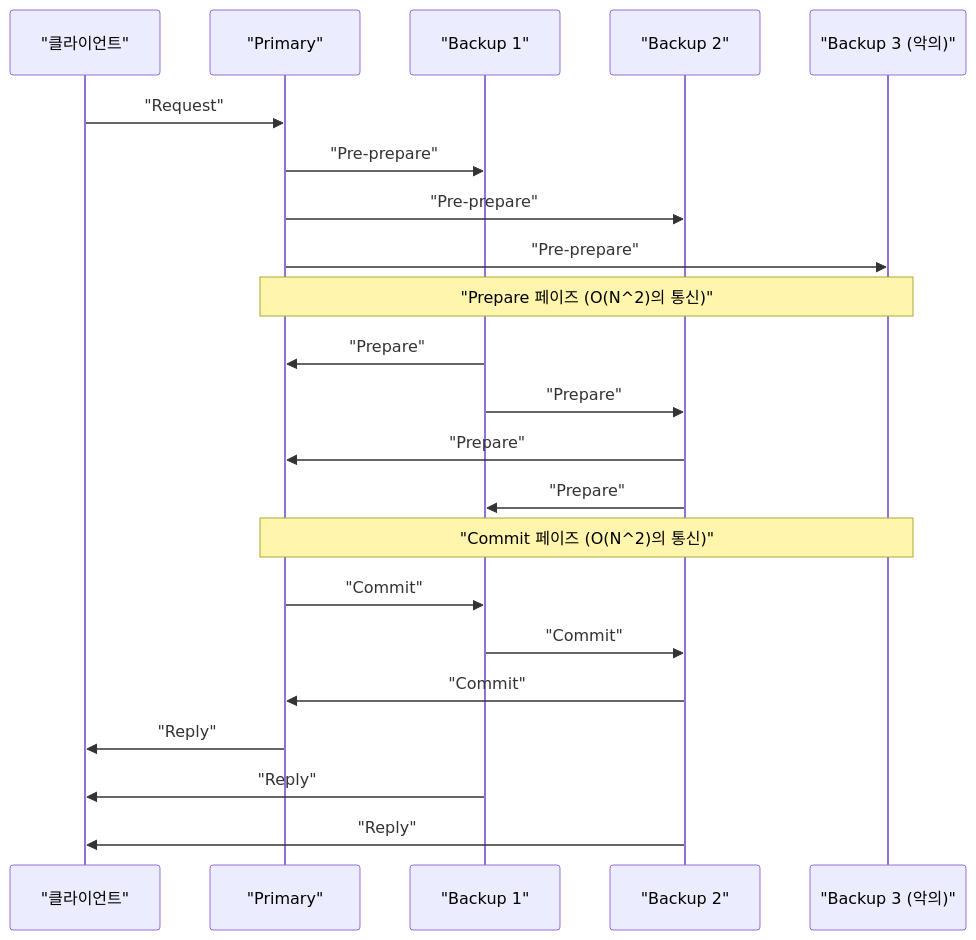
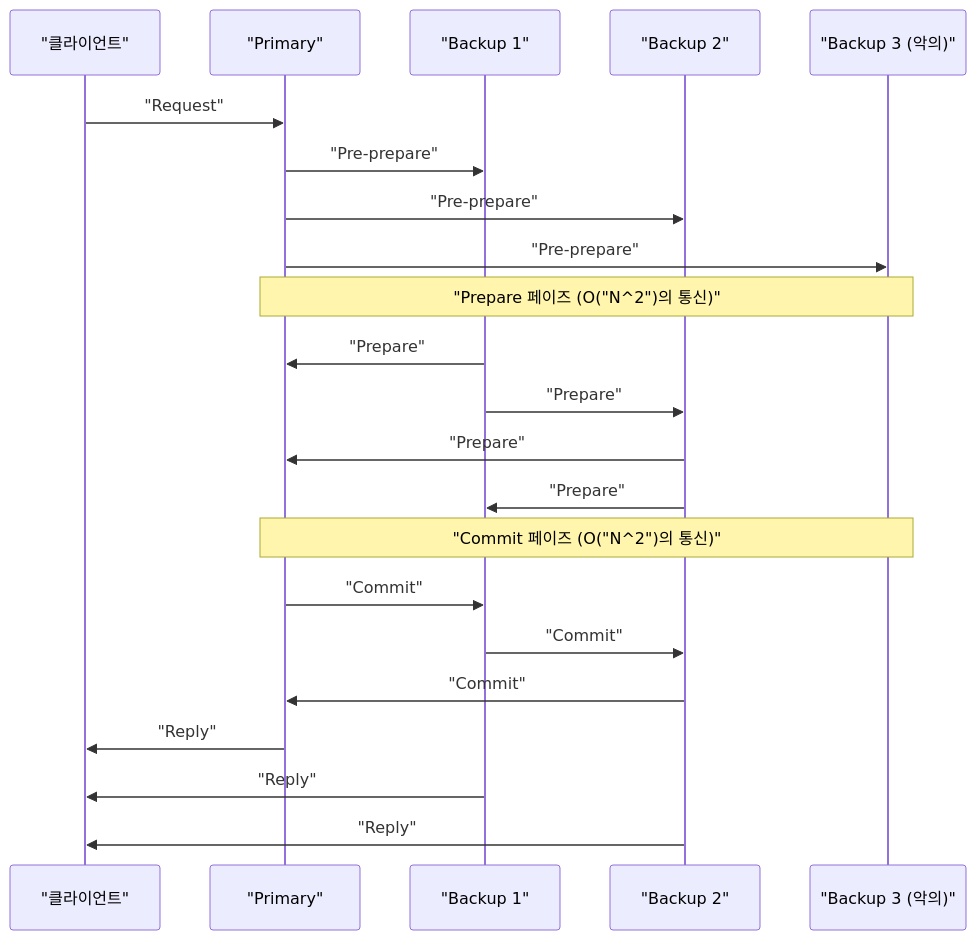
One commit to kenjinote/blog changed the third of 3 diagrams in content/post/byzantine-generals-problem-consensus/index.ko.md. Above: the diagram before and after it, drawn with Mermaid. The commit also changed 929 other files, not shown here.

Commit message:
fix: Add double quotes to all Mermaid node texts to resolve syntax errors

````diff
--- a/content/post/byzantine-generals-problem-consensus/index.ko.md
+++ b/content/post/byzantine-generals-problem-consensus/index.ko.md
@@ -242,28 +242,28 @@
 ```mermaid
 sequenceDiagram
     participant C as "클라이언트"
     participant P as "Primary"
     participant B1 as "Backup 1"
     participant B2 as "Backup 2"
     participant B3 as "Backup 3 (악의)"
 
     C->>P: "Request"
     P->>B1: "Pre-prepare"
     P->>B2: "Pre-prepare"
     P->>B3: "Pre-prepare"
     
-    Note over P,B3: "Prepare 페이즈 (O(N^2)의 통신)"
+    Note over P,B3: "Prepare 페이즈 (O("N^2")의 통신)"
     B1->>P: "Prepare"
     B1->>B2: "Prepare"
     B2->>P: "Prepare"
     B2->>B1: "Prepare"
     
-    Note over P,B3: "Commit 페이즈 (O(N^2)의 통신)"
+    Note over P,B3: "Commit 페이즈 (O("N^2")의 통신)"
     P->>B1: "Commit"
     B1->>B2: "Commit"
     B2->>P: "Commit"
     
     P->>C: "Reply"
     B1->>C: "Reply"
     B2->>C: "Reply"
 ```
````
